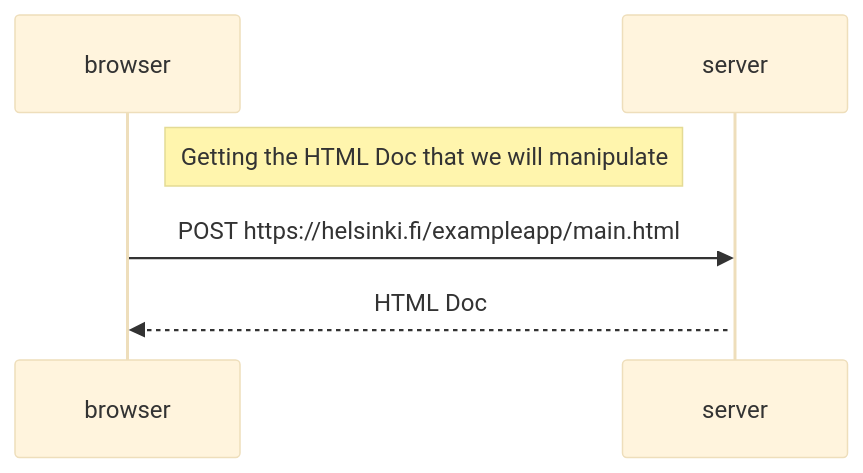
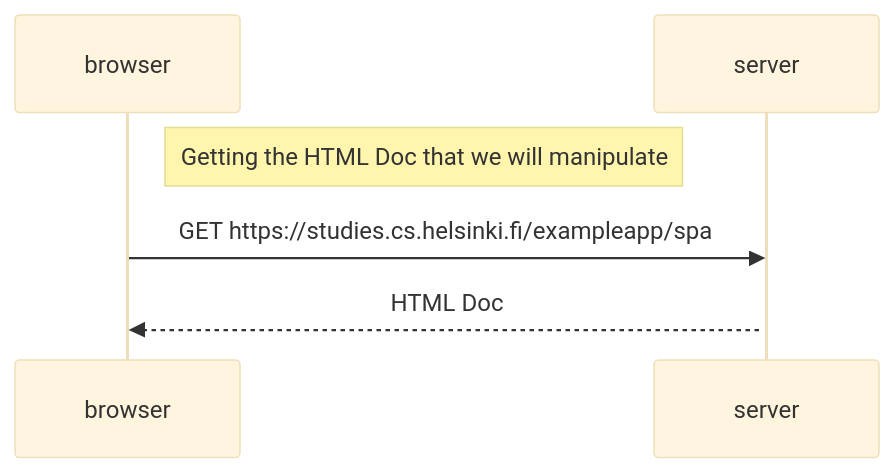
Before and after one commit to gokuman86/fullstackopen: the diagram in part0/0.5.md, drawn with Mermaid (base theme).

````diff
--- a/part0/0.5.md
+++ b/part0/0.5.md
@@ -1,11 +1,11 @@
 ```mermaid
 sequenceDiagram
 
   participant browser
   participant server
 
   Note right of browser: Getting the HTML Doc that we will manipulate
-  browser->>server: POST https://helsinki.fi/exampleapp/main.html
+  browser->>server: GET https://studies.cs.helsinki.fi/exampleapp/spa
   activate server
   server-->>browser: HTML Doc
 ```
````
